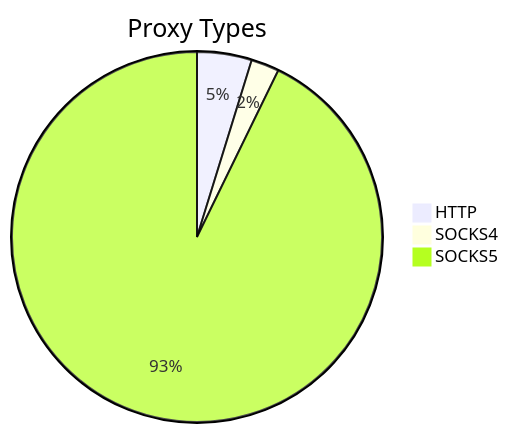
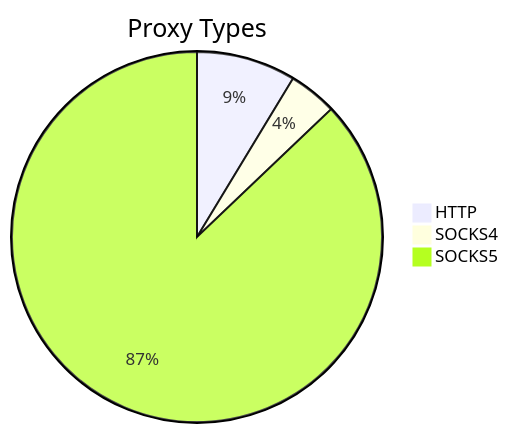
Before and after one commit to stormsia/proxy-list: the first of 2 diagrams in README.md, drawn with Mermaid. The commit also changed other lines of this file, not shown here.

````diff
--- a/README.md
+++ b/README.md
@@ -21,6 +21,6 @@
 ```mermaid
 pie title Proxy Types
-    "HTTP" : 39
-    "SOCKS4" : 20
-    "SOCKS5" : 758
+    "HTTP" : 37
+    "SOCKS4" : 18
+    "SOCKS5" : 372
 ```
````
